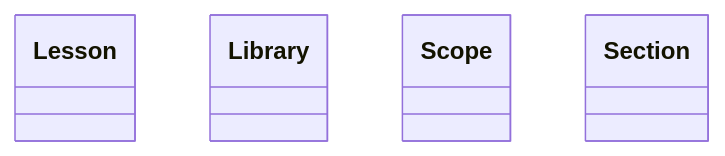
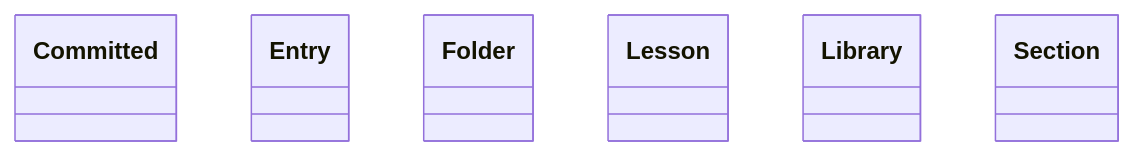
Before and after one commit to kigster/openlanes: the diagram in docs/architecture/openlanes-memory.md, drawn with Mermaid. The commit also changed 20 other files, not shown here.

````diff
--- a/docs/architecture/openlanes-memory.md
+++ b/docs/architecture/openlanes-memory.md
@@ -5,7 +5,9 @@
 ```mermaid
 classDiagram
+  class OpenLanes__Memory__Committed["Committed"]
+  class OpenLanes__Memory__Entry["Entry"]
+  class OpenLanes__Memory__Folder["Folder"]
   class OpenLanes__Memory__Lesson["Lesson"]
   class OpenLanes__Memory__Library["Library"]
-  class OpenLanes__Memory__Scope["Scope"]
   class OpenLanes__Memory__Section["Section"]
 ```
````
